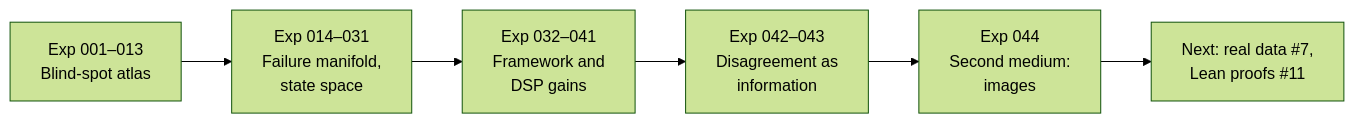
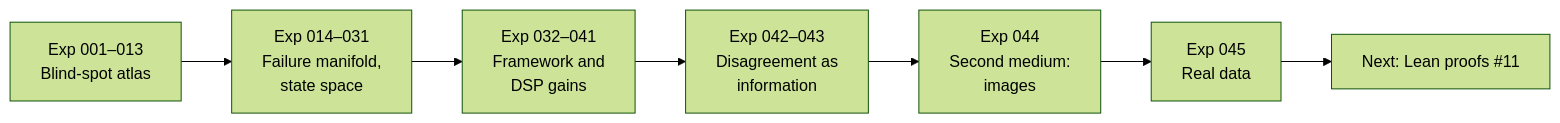
One commit to SpacekidLabs/representation-fragility-lab changed the third of 3 diagrams in README.md. Above: the diagram before and after it, drawn with Mermaid (forest theme). The commit also changed other lines of this file and 8 other files, not shown here.

First line of the commit message:
Test the key claims on real data: Exp 045 (closes #7)

````diff
--- a/README.md
+++ b/README.md
@@ -73,8 +89,9 @@
 ```mermaid
 flowchart LR
     A["Exp 001–013<br/>Blind-spot atlas"] --> B["Exp 014–031<br/>Failure manifold,<br/>state space"]
     B --> C["Exp 032–041<br/>Framework and<br/>DSP gains"]
     C --> D["Exp 042–043<br/>Disagreement as<br/>information"]
     D --> E["Exp 044<br/>Second medium:<br/>images"]
-    E --> F["Next: real data #7,<br/>Lean proofs #11"]
+    E --> G["Exp 045<br/>Real data"]
+    G --> F["Next: Lean proofs #11"]
 ```
````
